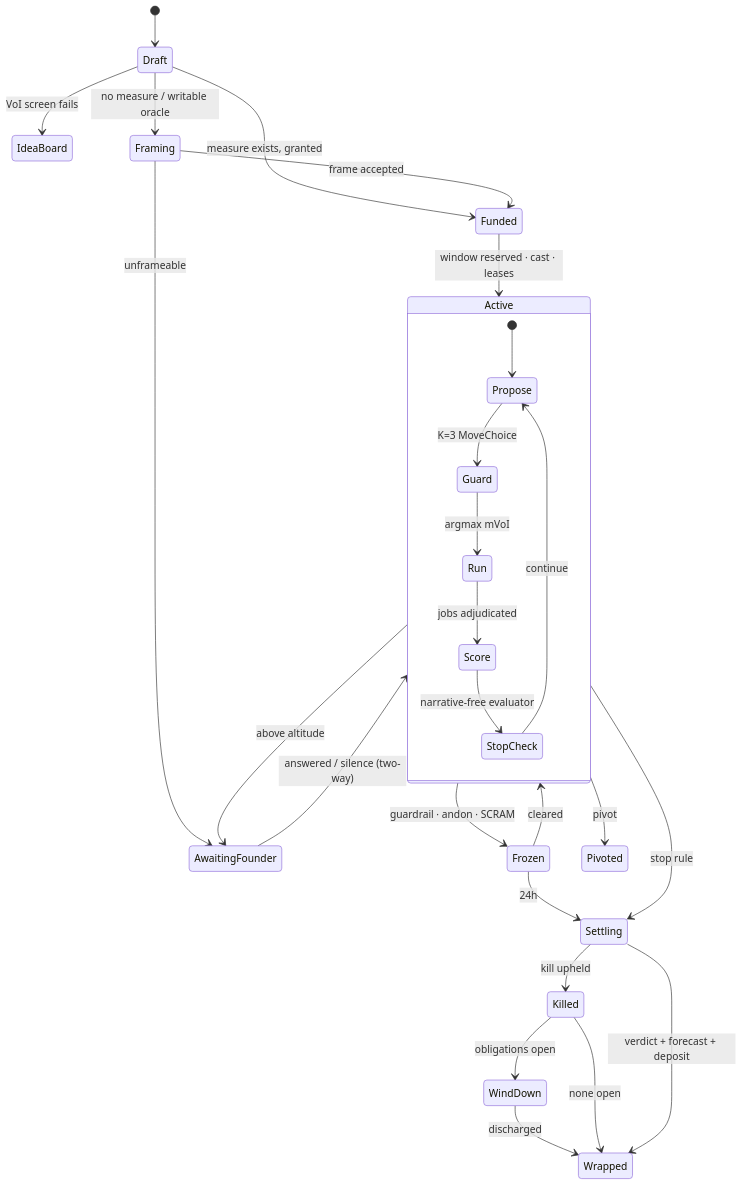
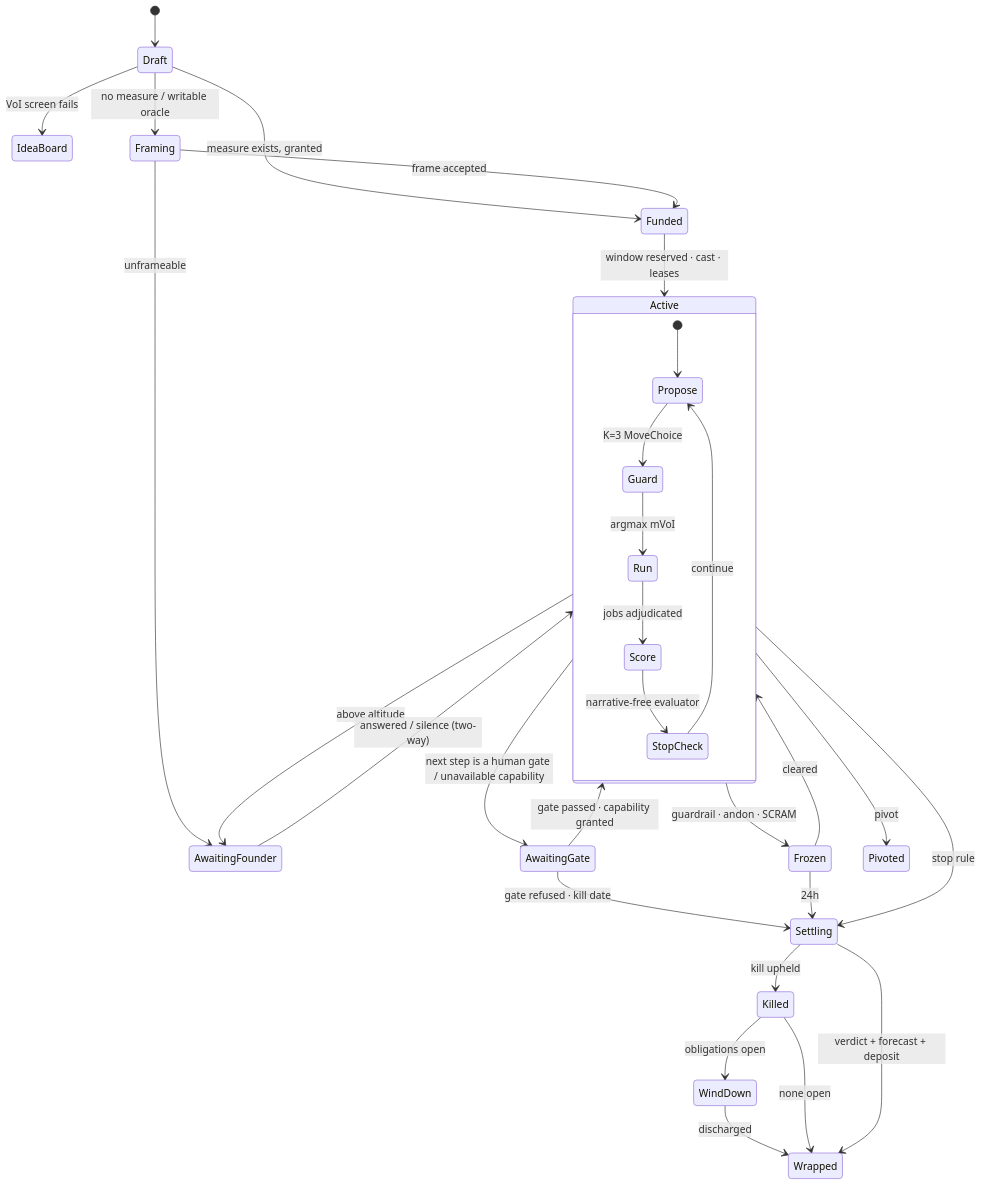
Before and after one commit to Adam077K/agentvibe: the first of 3 diagrams in docs/vision-v3/03-MISSION-ENGINE.md, drawn with Mermaid. The commit also changed other lines of this file and 33 other files, not shown here.

````diff
--- a/docs/vision-v3/03-MISSION-ENGINE.md
+++ b/docs/vision-v3/03-MISSION-ENGINE.md
@@ -104,30 +108,33 @@
 ```mermaid
 stateDiagram-v2
   [*] --> Draft
   Draft --> IdeaBoard: VoI screen fails
   Draft --> Framing: no measure / writable oracle
   Draft --> Funded: measure exists, granted
   Framing --> Funded: frame accepted
   Framing --> AwaitingFounder: unframeable
   Funded --> Active: window reserved · cast · leases
   state Active {
     [*] --> Propose
     Propose --> Guard: K=3 MoveChoice
     Guard --> Run: argmax mVoI
     Run --> Score: jobs adjudicated
     Score --> StopCheck: narrative-free evaluator
     StopCheck --> Propose: continue
   }
   Active --> AwaitingFounder: above altitude
   AwaitingFounder --> Active: answered / silence (two-way)
+  Active --> AwaitingGate: next step is a human gate / unavailable capability
+  AwaitingGate --> Active: gate passed · capability granted
+  AwaitingGate --> Settling: gate refused · kill date
   Active --> Frozen: guardrail · andon · SCRAM
   Frozen --> Active: cleared
   Frozen --> Settling: 24h
   Active --> Settling: stop rule
   Active --> Pivoted: pivot
   Settling --> Killed: kill upheld
   Killed --> WindDown: obligations open
   WindDown --> Wrapped: discharged
   Killed --> Wrapped: none open
   Settling --> Wrapped: verdict + forecast + deposit
 ```
````
